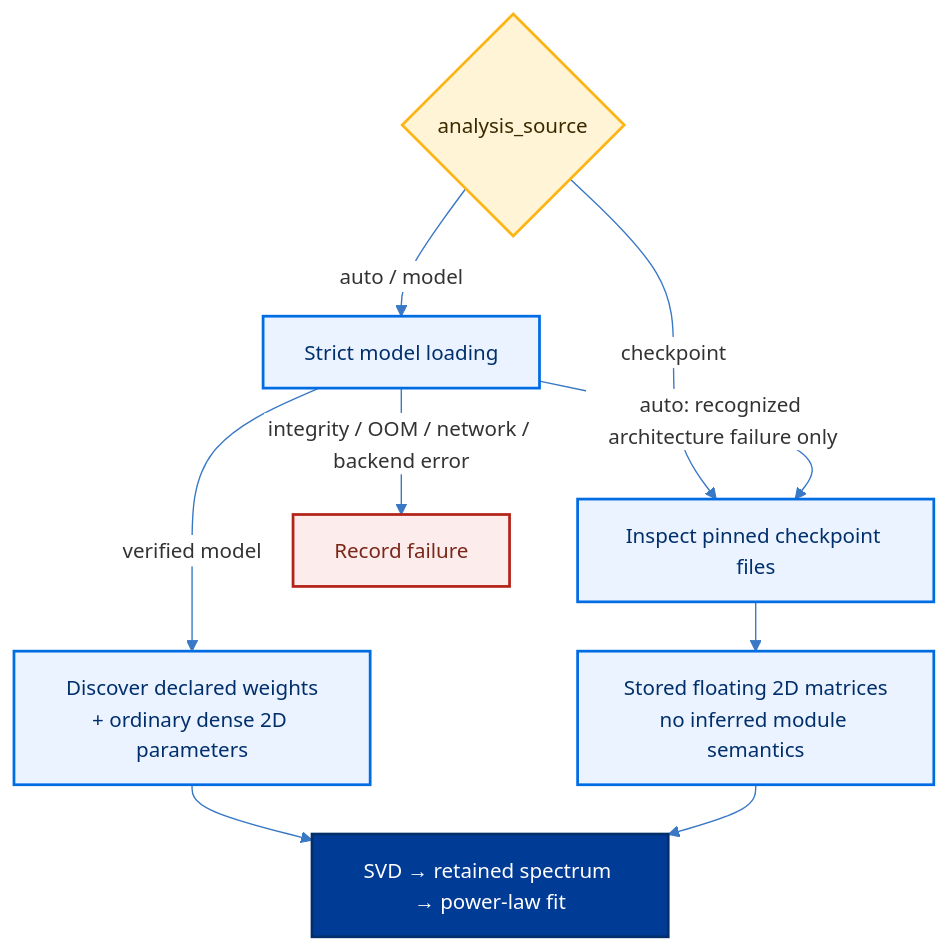
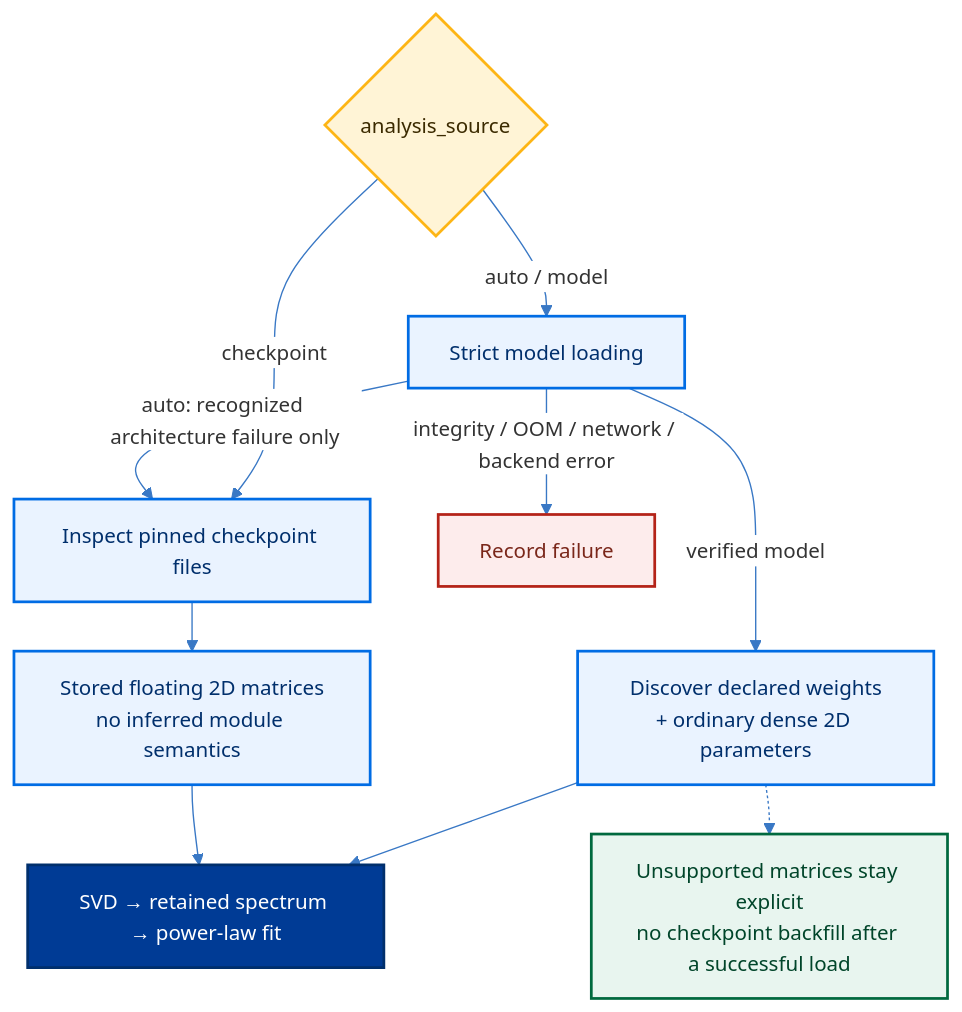
Before and after one commit to RpM-Kinshuk/Model-Zoo: the second of 2 diagrams in README.md, drawn with Mermaid. The commit also changed other lines of this file, not shown here.

````diff
--- a/README.md
+++ b/README.md
@@ -227,21 +237,24 @@
 ```mermaid
 %%{init: {"theme":"base","flowchart":{"curve":"basis","nodeSpacing":26,"rankSpacing":36},"themeVariables":{"fontFamily":"ui-sans-serif, system-ui","fontSize":"15px","lineColor":"#3978C5","edgeLabelBackground":"#FFFFFF"}}}%%
 flowchart TB
     POLICY{"analysis_source"}
     POLICY -->|auto / model| LOAD["Strict model loading"]
     POLICY -->|checkpoint| TENSORS["Inspect pinned checkpoint files"]
     LOAD -->|verified model| MODULES["Discover declared weights<br/>+ ordinary dense 2D parameters"]
     LOAD -->|auto: recognized architecture failure only| TENSORS
     LOAD -->|integrity / OOM / network / backend error| FAIL["Record failure"]
     TENSORS --> STORED["Stored floating 2D matrices<br/>no inferred module semantics"]
     MODULES --> ESD["SVD → retained spectrum → power-law fit"]
     STORED --> ESD
+    MODULES -.-> COVERAGE["Unsupported matrices stay explicit<br/>no checkpoint backfill after a successful load"]
     classDef decision fill:#FFF4D6,stroke:#FDB515,color:#3B2A00,stroke-width:2px;
     classDef control fill:#EAF3FF,stroke:#006CE4,color:#002F6C,stroke-width:2px;
     classDef execute fill:#003B95,stroke:#002F6C,color:#FFFFFF,stroke-width:2px;
     classDef failure fill:#FDECEC,stroke:#B42318,color:#7A271A,stroke-width:2px;
+    classDef coverage fill:#E8F5EF,stroke:#00693E,color:#00452A,stroke-width:2px;
     class POLICY decision;
     class LOAD,TENSORS,MODULES,STORED control;
     class ESD execute;
     class FAIL failure;
+    class COVERAGE coverage;
 ```
````
